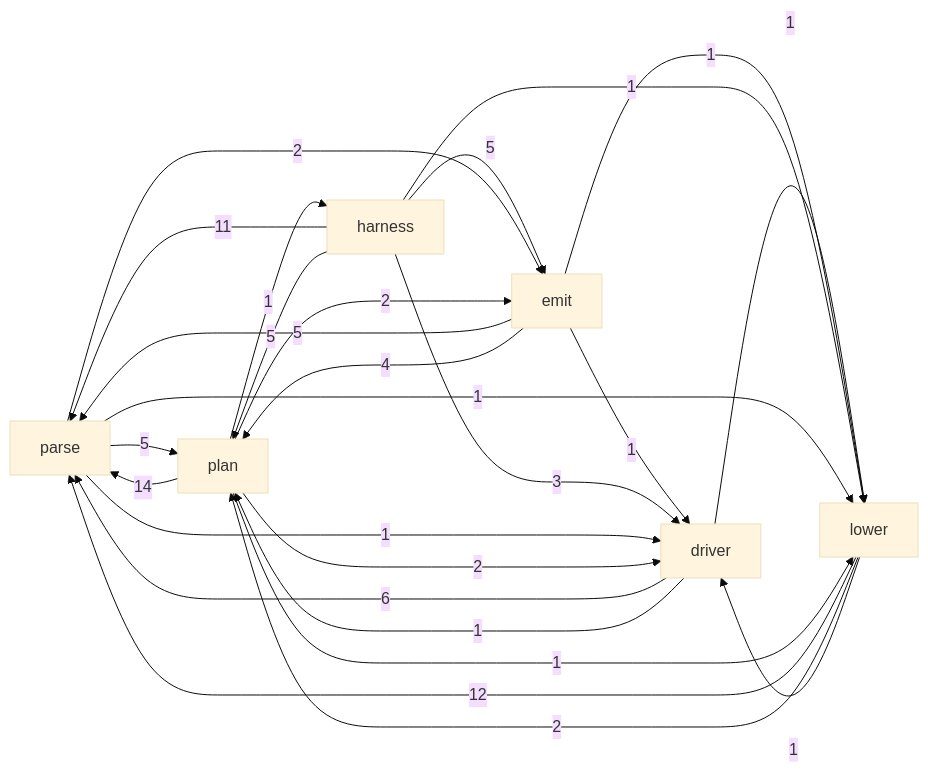
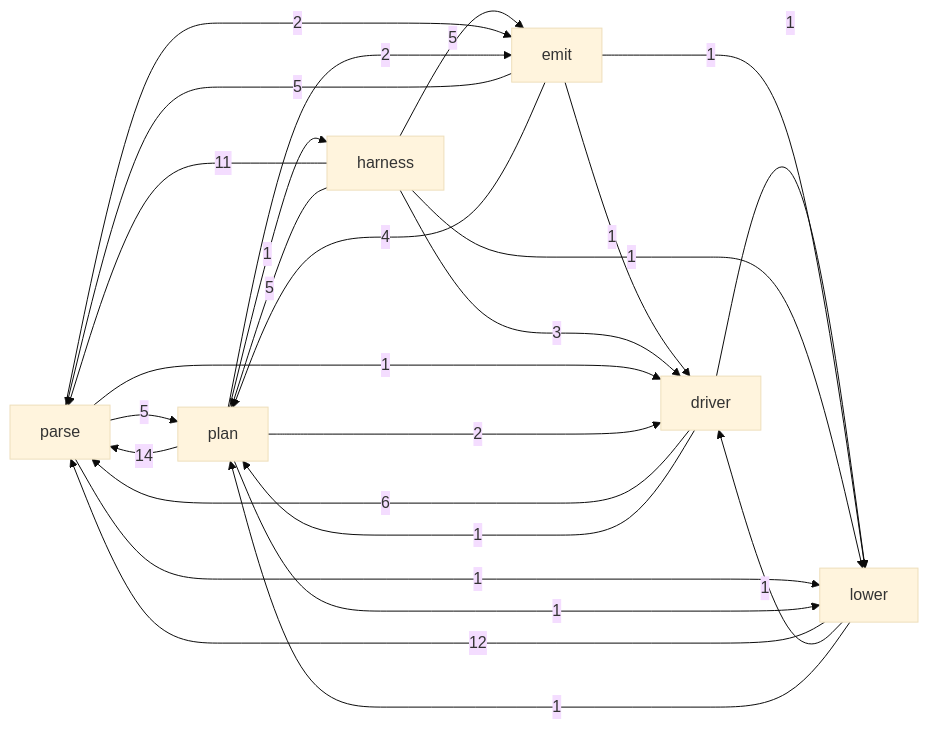
Before and after one commit to hafley66/sprefa: the first of 6 diagrams in docs/selfdoc/compiler.md, drawn with Mermaid (base theme). The commit also changed other lines of this file and 63 other files, not shown here.

````diff
--- a/docs/selfdoc/compiler.md
+++ b/docs/selfdoc/compiler.md
@@ -40,33 +40,33 @@
 ```mermaid
 flowchart LR
   p1["parse"]
   p2["plan"]
   p3["lower"]
   p4["emit"]
   p5["driver"]
   p6["harness"]
   p5 -->|6| p1
   p5 -->|1| p3
   p5 -->|1| p2
   p4 -->|5| p1
   p4 -->|4| p2
   p4 -->|1| p5
   p4 -->|1| p3
   p6 -->|11| p1
   p6 -->|5| p4
   p6 -->|5| p2
   p6 -->|3| p5
   p6 -->|1| p3
   p3 -->|12| p1
-  p3 -->|2| p2
   p3 -->|1| p5
+  p3 -->|1| p2
   p1 -->|5| p2
   p1 -->|2| p4
   p1 -->|1| p5
   p1 -->|1| p3
   p2 -->|14| p1
   p2 -->|2| p5
   p2 -->|2| p4
   p2 -->|1| p6
   p2 -->|1| p3
 ```
````
